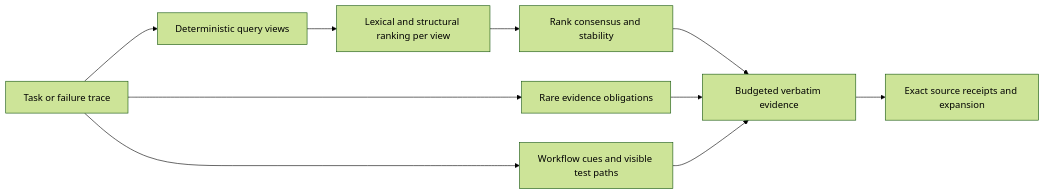
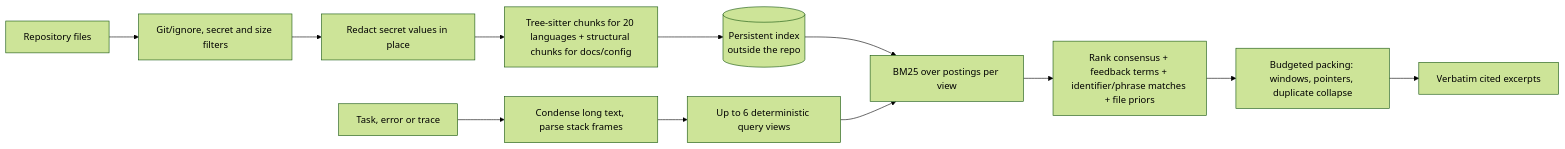
One commit to 2002-rokkam/reposqueeze changed the diagram in README.md. Above: the diagram before and after it, drawn with Mermaid (forest theme). The commit also changed other lines of this file and 42 other files, not shown here.

````diff
--- a/README.md
+++ b/README.md
@@ -76,12 +95,14 @@
 ```mermaid
 flowchart LR
-  Q[Task or failure trace] --> V[Deterministic query views]
-  V --> R[Lexical and structural ranking per view]
-  R --> C[Rank consensus and stability]
-  Q --> O[Rare evidence obligations]
-  Q --> W[Workflow cues and visible test paths]
-  C --> P[Budgeted verbatim evidence]
-  O --> P
-  W --> P
-  P --> E[Exact source receipts and expansion]
+  R[Repository files] --> F[Git/ignore, secret and size filters]
+  F --> X[Redact secret values in place]
+  X --> P[Tree-sitter chunks for 20 languages + structural chunks for docs/config]
+  P --> I[(Persistent index<br/>outside the repo)]
+  Q[Task, error or trace] --> C[Condense long text, parse stack frames]
+  C --> V[Up to 6 deterministic query views]
+  I --> S[BM25 over postings per view]
+  V --> S
+  S --> U[Rank consensus + feedback terms + identifier/phrase matches + file priors]
+  U --> K[Budgeted packing: windows, pointers, duplicate collapse]
+  K --> O[Verbatim cited excerpts]
 ```
````
